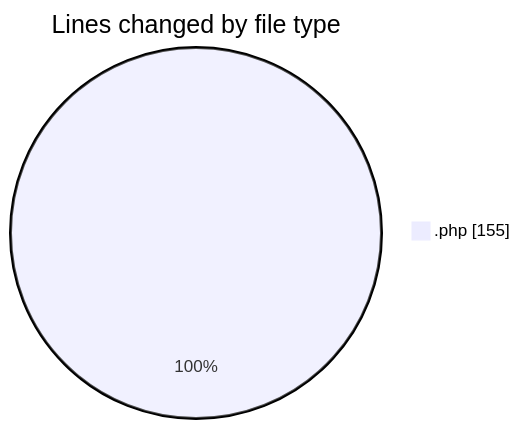
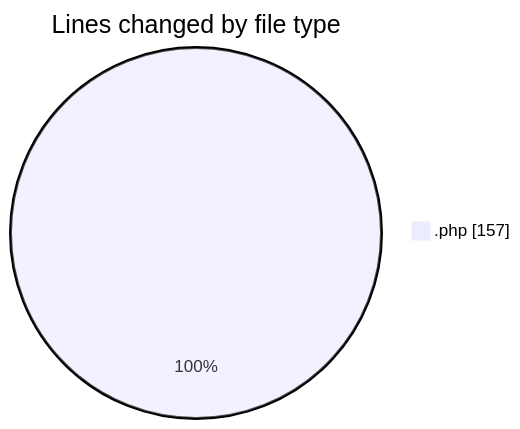
One commit to LanceThiago/code-tracking changed the first of 2 diagrams in 2025-01-24/web/README.md. Above: the diagram before and after it, drawn with Mermaid. The commit also changed other lines of this file and 1 other file, not shown here.

````diff
--- a/2025-01-24/web/README.md
+++ b/2025-01-24/web/README.md
@@ -20,5 +20,5 @@
 ```mermaid
 pie showData
 title Lines changed by file type
-".php" : 155
+".php" : 157
 ```
````
